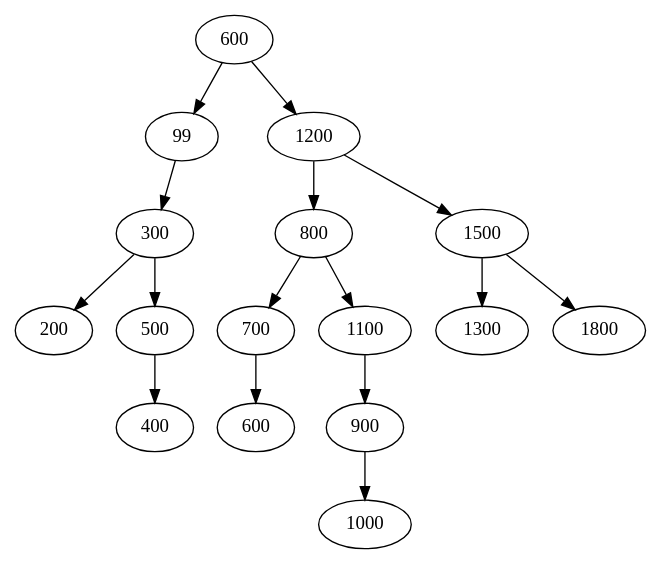
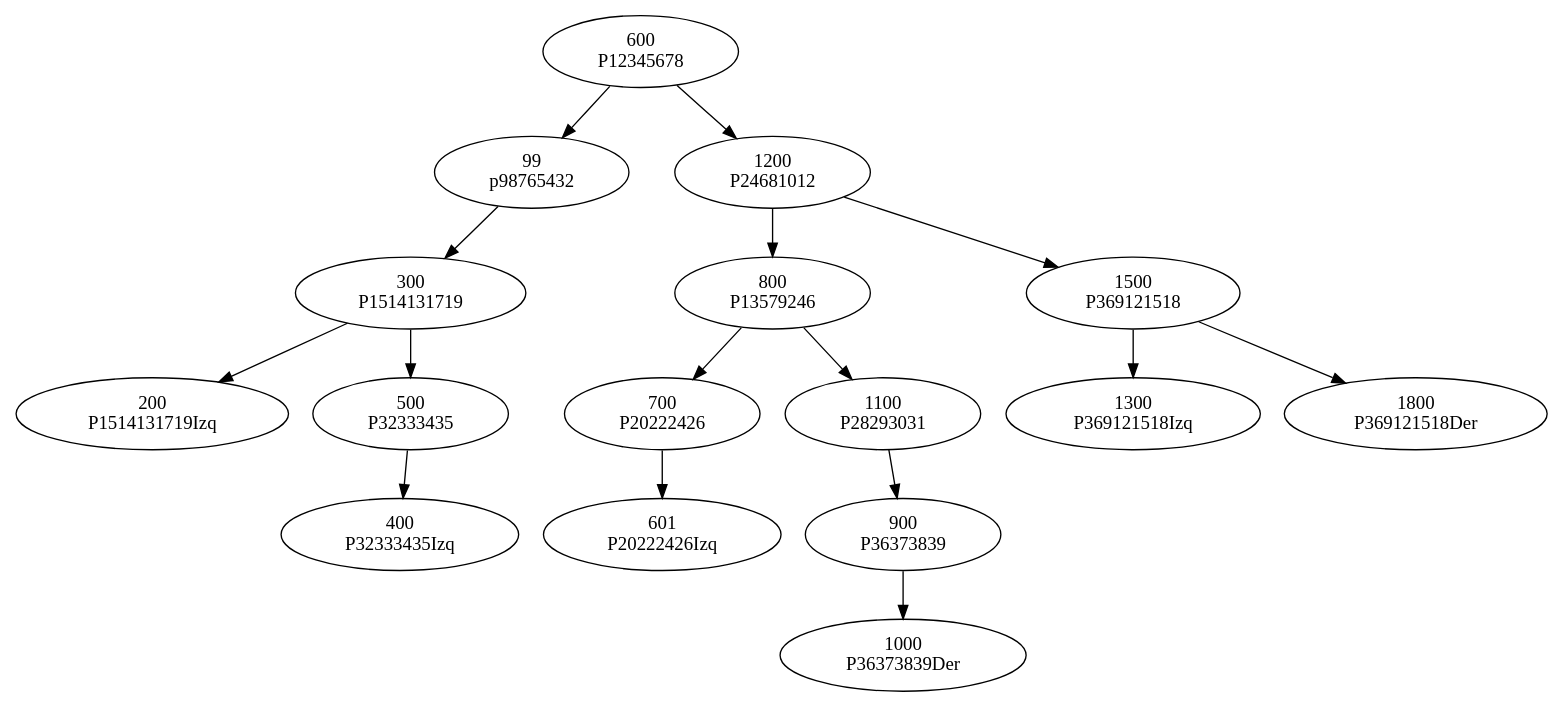
Before and after one commit to Edwinhndz/201807124_EDD_Proyecto: the diagram in grafica_arbol.dot, drawn with Graphviz. The commit also changed 17 other files, not shown here.

```diff
--- a/grafica_arbol.dot
+++ b/grafica_arbol.dot
@@ -1,47 +1,77 @@
 digraph G { 
-P12345678[label ="600"];
+P12345678[label ="600
+ P12345678"];
 P12345678->p98765432;
-p98765432[label ="99"];
-p98765432[label ="99"];
+p98765432[label ="99
+ P12345678Izq"];
+p98765432[label ="99
+ p98765432"];
 p98765432->P1514131719;
-P1514131719[label ="300"];
-P1514131719[label ="300"];
+P1514131719[label ="300
+ p98765432Der"];
+P1514131719[label ="300
+ P1514131719"];
 P1514131719->P44454647;
-P44454647[label ="200"];
-P1514131719[label ="300"];
+P44454647[label ="200
+ P1514131719Izq"];
+P1514131719[label ="300
+ P1514131719"];
 P1514131719->P32333435;
-P32333435[label ="500"];
-P32333435[label ="500"];
+P32333435[label ="500
+ P1514131719Der"];
+P32333435[label ="500
+ P32333435"];
 P32333435->P60616263;
-P60616263[label ="400"];
-P12345678[label ="600"];
+P60616263[label ="400
+ P32333435Izq"];
+P12345678[label ="600
+ P12345678"];
 P12345678->P24681012;
-P24681012[label ="1200"];
-P24681012[label ="1200"];
+P24681012[label ="1200
+ P12345678Der"];
+P24681012[label ="1200
+ P24681012"];
 P24681012->P13579246;
-P13579246[label ="800"];
-P13579246[label ="800"];
+P13579246[label ="800
+ P24681012Izq"];
+P13579246[label ="800
+ P13579246"];
 P13579246->P20222426;
-P20222426[label ="700"];
-P20222426[label ="700"];
+P20222426[label ="700
+ P13579246Izq"];
+P20222426[label ="700
+ P20222426"];
 P20222426->P52535455;
-P52535455[label ="600"];
-P13579246[label ="800"];
+P52535455[label ="601
+ P20222426Izq"];
+P13579246[label ="800
+ P13579246"];
 P13579246->P28293031;
-P28293031[label ="1100"];
-P28293031[label ="1100"];
+P28293031[label ="1100
+ P13579246Der"];
+P28293031[label ="1100
+ P28293031"];
 P28293031->P36373839;
-P36373839[label ="900"];
-P36373839[label ="900"];
+P36373839[label ="900
+ P28293031Izq"];
+P36373839[label ="900
+ P36373839"];
 P36373839->P56575859;
-P56575859[label ="1000"];
-P24681012[label ="1200"];
+P56575859[label ="1000
+ P36373839Der"];
+P24681012[label ="1200
+ P24681012"];
 P24681012->P369121518;
-P369121518[label ="1500"];
-P369121518[label ="1500"];
+P369121518[label ="1500
+ P24681012Der"];
+P369121518[label ="1500
+ P369121518"];
 P369121518->P40414243;
-P40414243[label ="1300"];
-P369121518[label ="1500"];
+P40414243[label ="1300
+ P369121518Izq"];
+P369121518[label ="1500
+ P369121518"];
 P369121518->P48495051;
-P48495051[label ="1800"];
+P48495051[label ="1800
+ P369121518Der"];
  }
```
